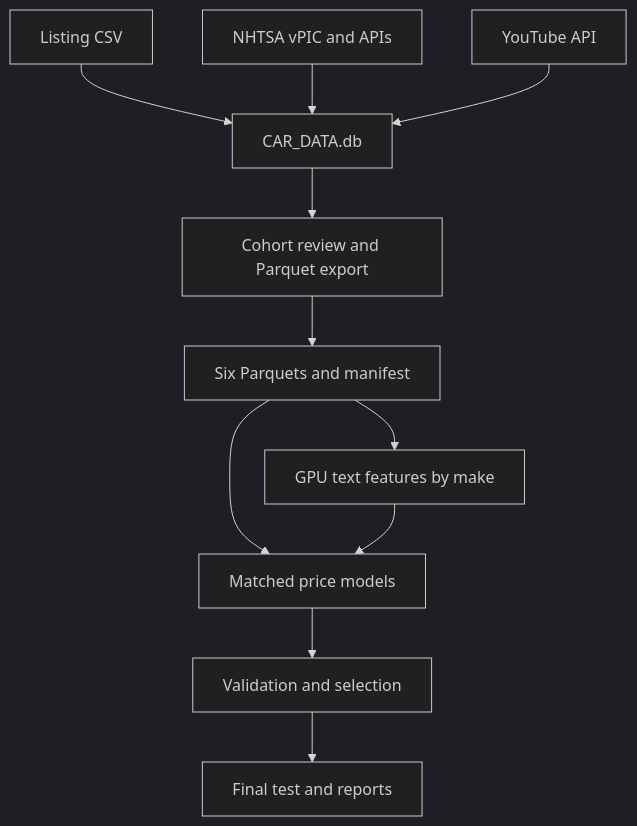
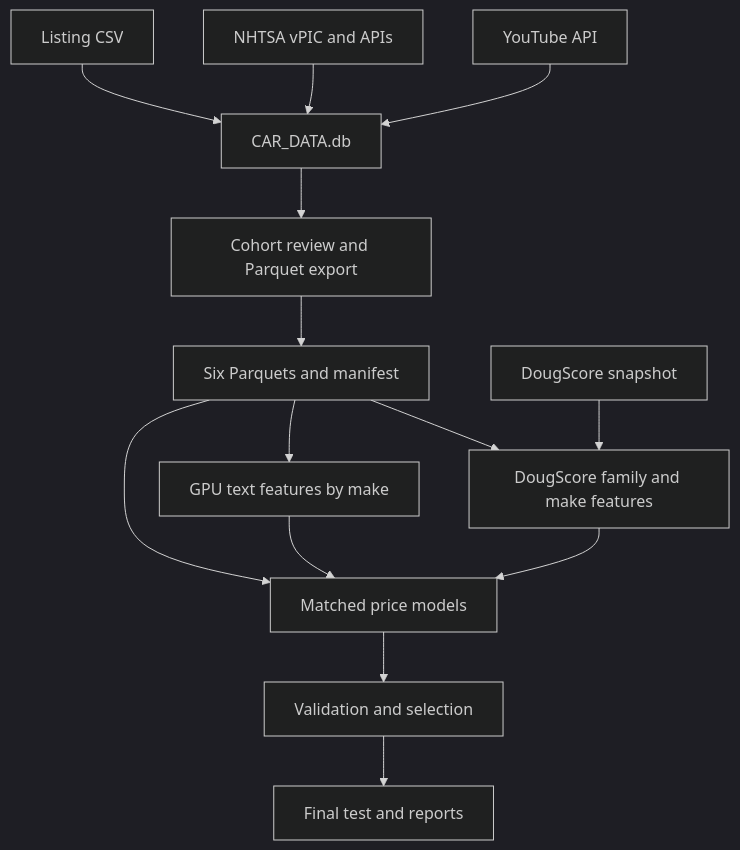
One commit to danielrdgez/DataScience_Capstone_Cars changed the first of 11 diagrams in README.md. Above: the diagram before and after it, drawn with Mermaid (dark theme). The commit also changed other lines of this file and 57 other files, not shown here.

````diff
--- a/README.md
+++ b/README.md
@@ -38,23 +38,28 @@
 ```mermaid
 flowchart TB
   K["Listing CSV"]
   N["NHTSA vPIC and APIs"]
   Y["YouTube API"]
   DB["CAR_DATA.db"]
   R["Cohort review and Parquet export"]
   P["Six Parquets and manifest"]
   T["GPU text features by make"]
+  X["DougScore family and make features"]
+  DS["DougScore snapshot"]
   M["Matched price models"]
   V["Validation and selection"]
   E["Final test and reports"]
   K --> DB
   N --> DB
   Y --> DB
   DB --> R
   R --> P
   P --> T
   P --> M
   T --> M
+  P --> X
+  DS --> X
+  X --> M
   M --> V
   V --> E
 ```
````
